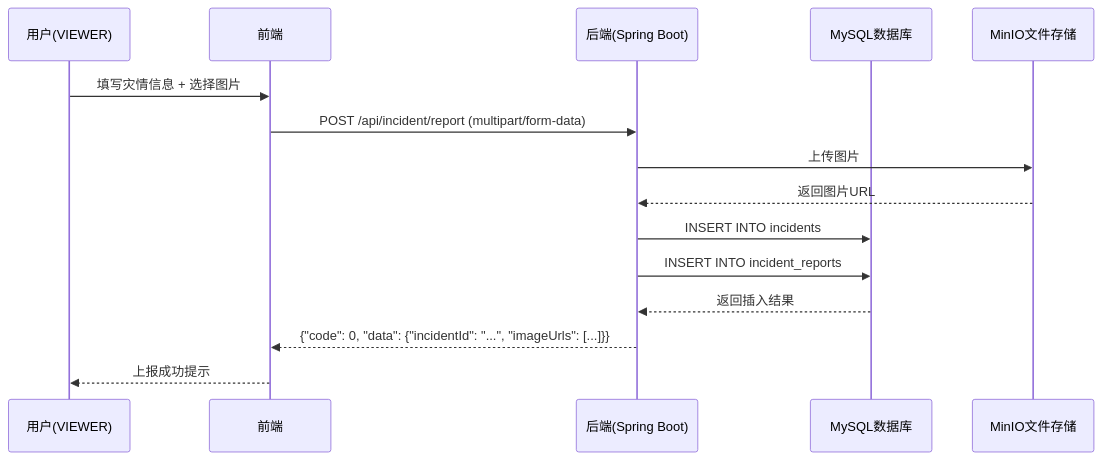
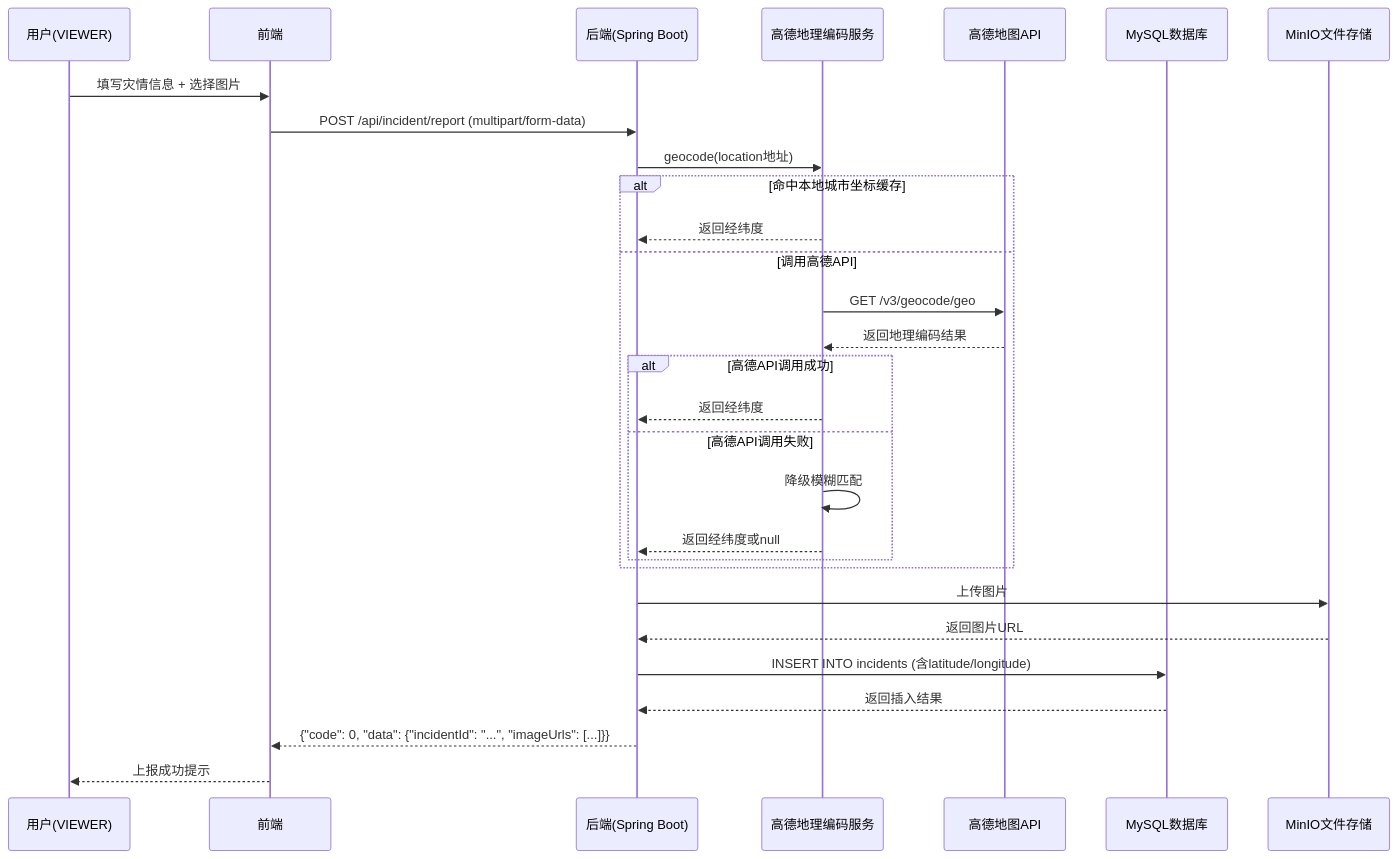
One commit to LiangZixin0714/Yunnan-Emergency-Response changed the fourth of 8 diagrams in 结训文档/系统设计说明书.md. Above: the diagram before and after it, drawn with Mermaid. The commit also changed other lines of this file and 46 other files, not shown here.

````diff
--- a/结训文档/系统设计说明书.md
+++ b/结训文档/系统设计说明书.md
@@ -249,18 +256,32 @@
 ```mermaid
 sequenceDiagram
     participant User as 用户(VIEWER)
     participant FE as 前端
     participant BE as 后端(Spring Boot)
+    participant Amap as 高德地理编码服务
+    participant AmapAPI as 高德地图API
     participant DB as MySQL数据库
     participant MinIO as MinIO文件存储
     
     User->>FE: 填写灾情信息 + 选择图片
     FE->>BE: POST /api/incident/report (multipart/form-data)
+    BE->>Amap: geocode(location地址)
+    alt 命中本地城市坐标缓存
+        Amap-->>BE: 返回经纬度
+    else 调用高德API
+        Amap->>AmapAPI: GET /v3/geocode/geo
+        AmapAPI-->>Amap: 返回地理编码结果
+        alt 高德API调用成功
+            Amap-->>BE: 返回经纬度
+        else 高德API调用失败
+            Amap->>Amap: 降级模糊匹配
+            Amap-->>BE: 返回经纬度或null
+        end
+    end
     BE->>MinIO: 上传图片
     MinIO-->>BE: 返回图片URL
-    BE->>DB: INSERT INTO incidents
-    BE->>DB: INSERT INTO incident_reports
+    BE->>DB: INSERT INTO incidents (含latitude/longitude)
     DB-->>BE: 返回插入结果
     BE-->>FE: {"code": 0, "data": {"incidentId": "...", "imageUrls": [...]}}
     FE-->>User: 上报成功提示
 ```
````
